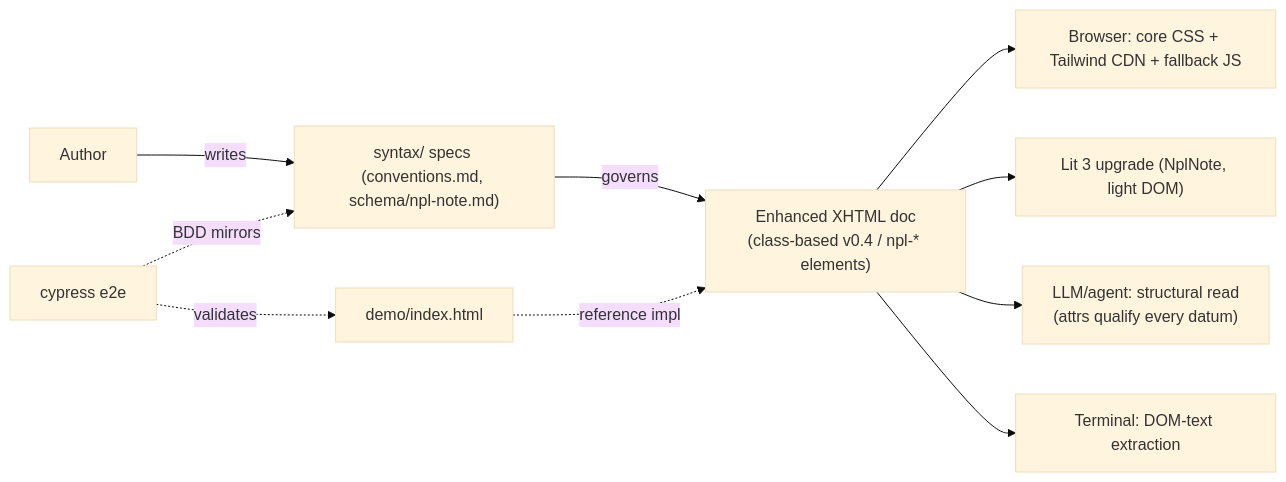
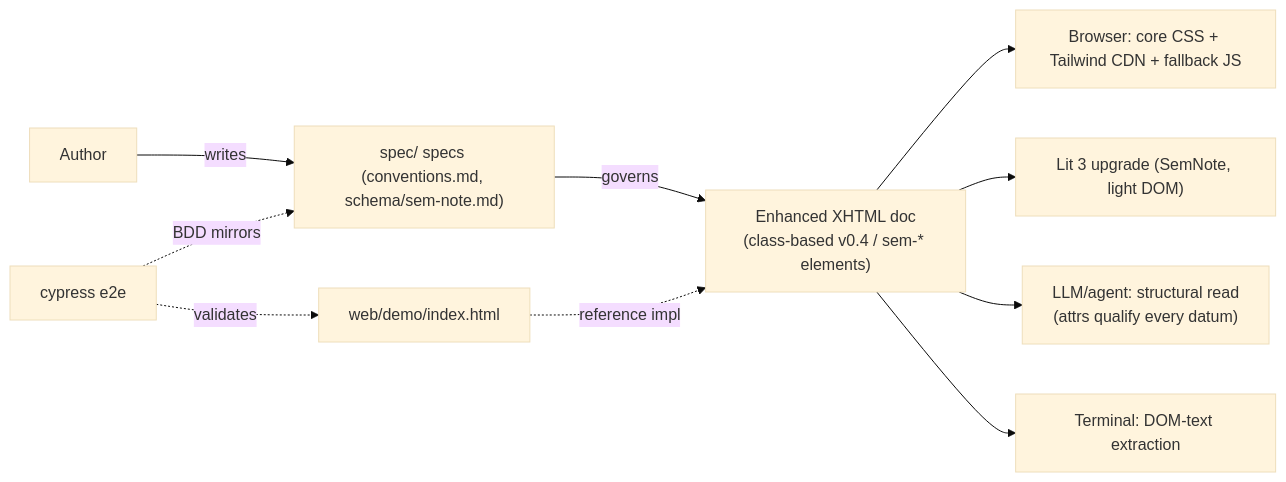
The diagram in docs/PROJ-ARCH.md (noizu-labs-ml/npl-enhanced-content), drawn with Mermaid (base theme) before and after one commit. The commit also changed other lines of this file and 100 other files, not shown here.

````diff
--- a/docs/PROJ-ARCH.md
+++ b/docs/PROJ-ARCH.md
@@ -16,12 +16,12 @@
 ```mermaid
 graph LR
-    A[Author] -->|writes| S["syntax/ specs (conventions.md, schema/npl-note.md)"]
-    S -->|governs| D["Enhanced XHTML doc<br/>(class-based v0.4 / npl-* elements)"]
+    A[Author] -->|writes| S["spec/ specs (conventions.md, schema/sem-note.md)"]
+    S -->|governs| D["Enhanced XHTML doc<br/>(class-based v0.4 / sem-* elements)"]
     D --> B["Browser: core CSS + Tailwind CDN + fallback JS"]
-    D --> L["Lit 3 upgrade (NplNote, light DOM)"]
+    D --> L["Lit 3 upgrade (SemNote, light DOM)"]
     D --> M["LLM/agent: structural read<br/>(attrs qualify every datum)"]
     D --> T["Terminal: DOM-text extraction"]
-    C["demo/index.html"] -.reference impl.-> D
+    C["web/demo/index.html"] -.reference impl.-> D
     E["cypress e2e"] -.validates.-> C
     E -.BDD mirrors.-> S
 ```
````
